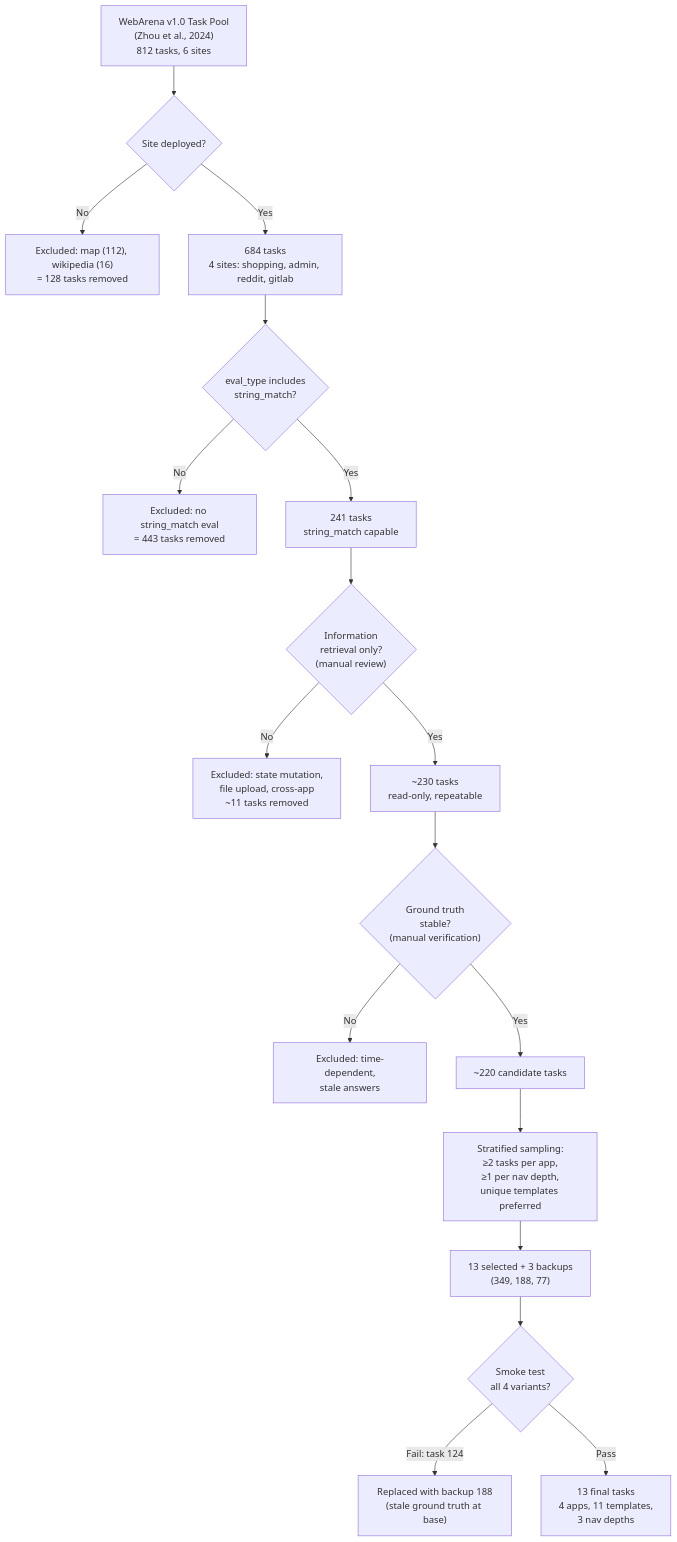
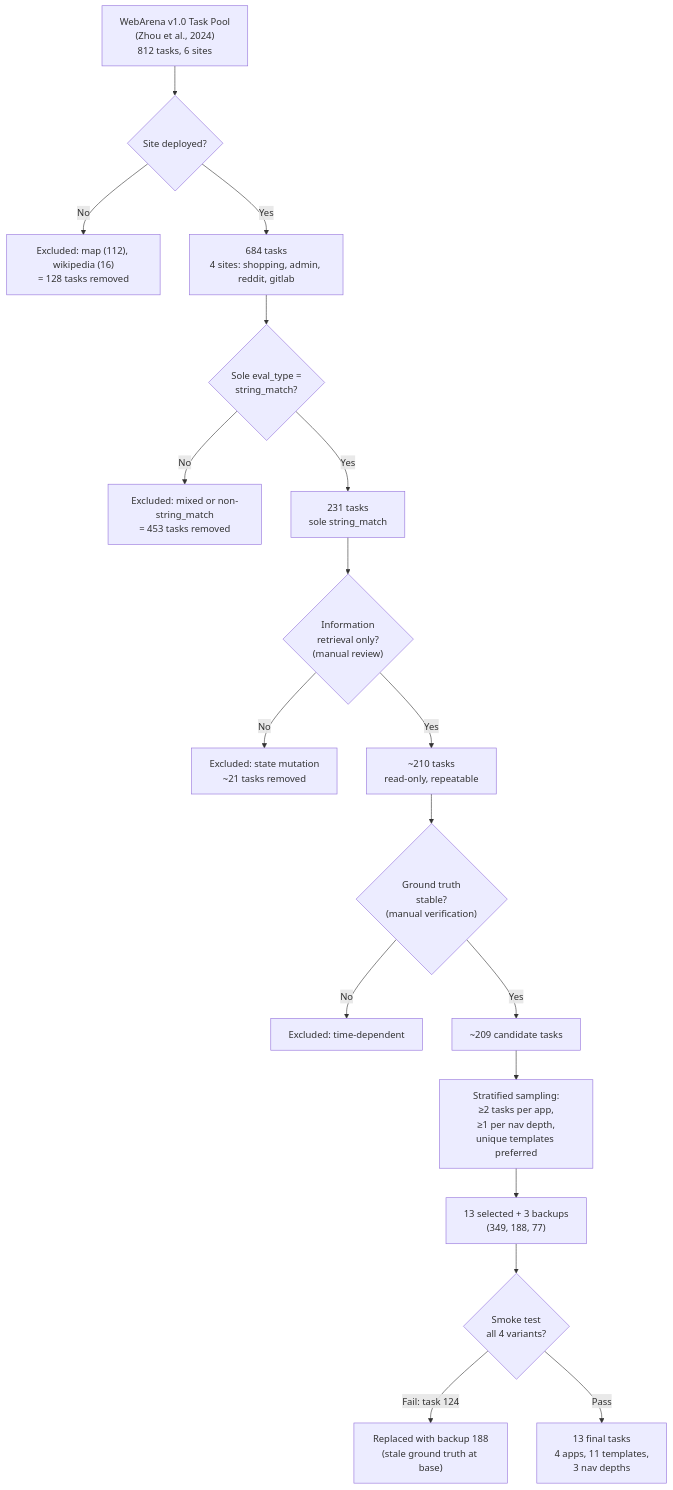
The diagram in paper/sections/task-selection-protocol.md (Alex-jjh/ai-agent-accessibility), drawn with Mermaid before and after one commit. The commit also changed other lines of this file and 3 other files, not shown here.

````diff
--- a/paper/sections/task-selection-protocol.md
+++ b/paper/sections/task-selection-protocol.md
@@ -5,20 +5,20 @@
 ```mermaid
 graph TD
     A["WebArena v1.0 Task Pool<br/>(Zhou et al., 2024)<br/>812 tasks, 6 sites"] --> B{"Site deployed?"}
     B -->|No| X1["Excluded: map (112), wikipedia (16)<br/>= 128 tasks removed"]
     B -->|Yes| C["684 tasks<br/>4 sites: shopping, admin, reddit, gitlab"]
-    C --> D{"eval_type includes<br/>string_match?"}
-    D -->|No| X2["Excluded: no string_match eval<br/>= 443 tasks removed"]
-    D -->|Yes| E["241 tasks<br/>string_match capable"]
+    C --> D{"Sole eval_type =<br/>string_match?"}
+    D -->|No| X2["Excluded: mixed or non-string_match<br/>= 453 tasks removed"]
+    D -->|Yes| E["231 tasks<br/>sole string_match"]
     E --> F{"Information<br/>retrieval only?<br/>(manual review)"}
-    F -->|No| X3["Excluded: state mutation,<br/>file upload, cross-app<br/>~11 tasks removed"]
-    F -->|Yes| G["~230 tasks<br/>read-only, repeatable"]
+    F -->|No| X3["Excluded: state mutation<br/>~21 tasks removed"]
+    F -->|Yes| G["~210 tasks<br/>read-only, repeatable"]
     G --> H{"Ground truth<br/>stable?<br/>(manual verification)"}
-    H -->|No| X4["Excluded: time-dependent,<br/>stale answers"]
-    H -->|Yes| I["~220 candidate tasks"]
+    H -->|No| X4["Excluded: time-dependent"]
+    H -->|Yes| I["~209 candidate tasks"]
     I --> J["Stratified sampling:<br/>≥2 tasks per app,<br/>≥1 per nav depth,<br/>unique templates preferred"]
     J --> K["13 selected + 3 backups<br/>(349, 188, 77)"]
     K --> L{"Smoke test<br/>all 4 variants?"}
     L -->|Fail: task 124| X5["Replaced with backup 188<br/>(stale ground truth at base)"]
     L -->|Pass| M["13 final tasks<br/>4 apps, 11 templates,<br/>3 nav depths"]
 ```
````
